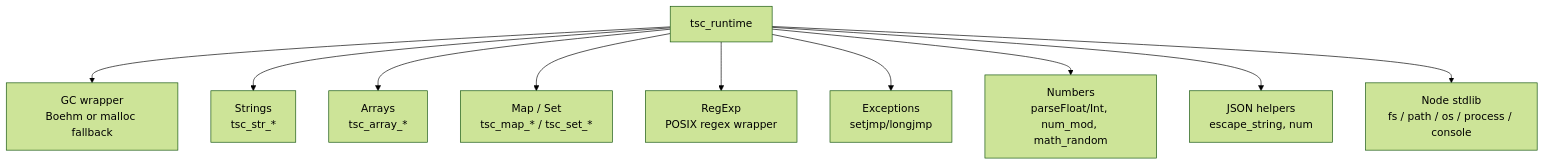
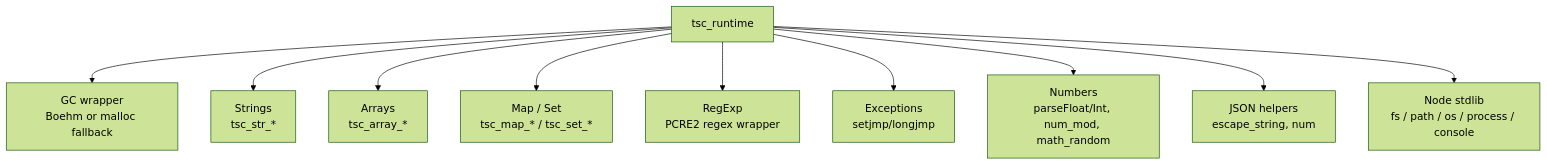
Before and after one commit to adamdroberts/TypeScriptCTranspiler: the sixth of 7 diagrams in docs/architecture.md, drawn with Mermaid (forest theme). The commit also changed other lines of this file and 269 other files, not shown here.

````diff
--- a/docs/architecture.md
+++ b/docs/architecture.md
@@ -141,13 +147,13 @@
 ```mermaid
 flowchart TD
     RT[tsc_runtime]
     RT --> GC[GC wrapper<br/>Boehm or malloc fallback]
     RT --> STR[Strings<br/>tsc_str_*]
     RT --> ARR[Arrays<br/>tsc_array_*]
     RT --> MS[Map / Set<br/>tsc_map_* / tsc_set_*]
-    RT --> REG[RegExp<br/>POSIX regex wrapper]
+    RT --> REG[RegExp<br/>PCRE2 regex wrapper]
     RT --> EX[Exceptions<br/>setjmp/longjmp]
     RT --> NUM[Numbers<br/>parseFloat/Int, num_mod, math_random]
     RT --> JSON[JSON helpers<br/>escape_string, num]
     RT --> NODE[Node stdlib<br/>fs / path / os / process / console]
 ```
````
